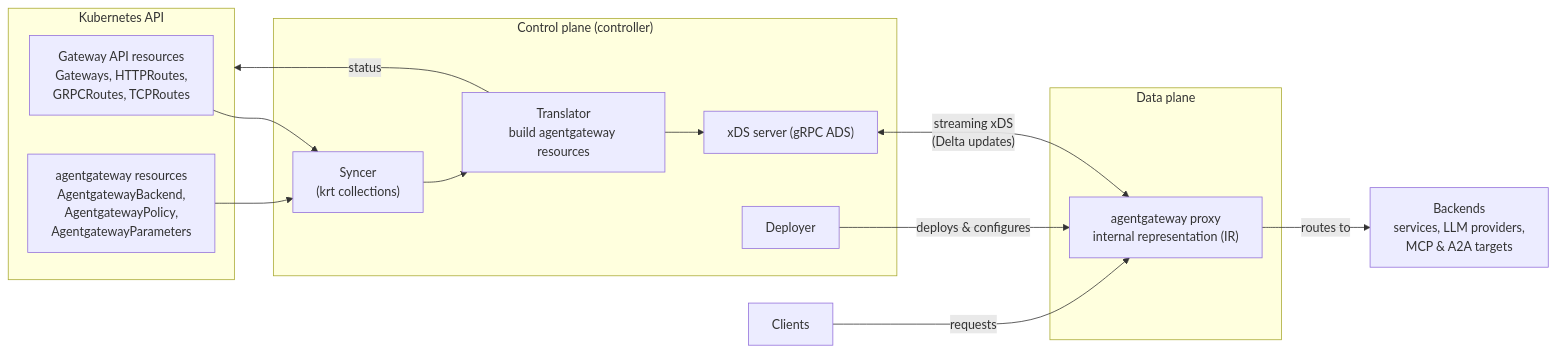
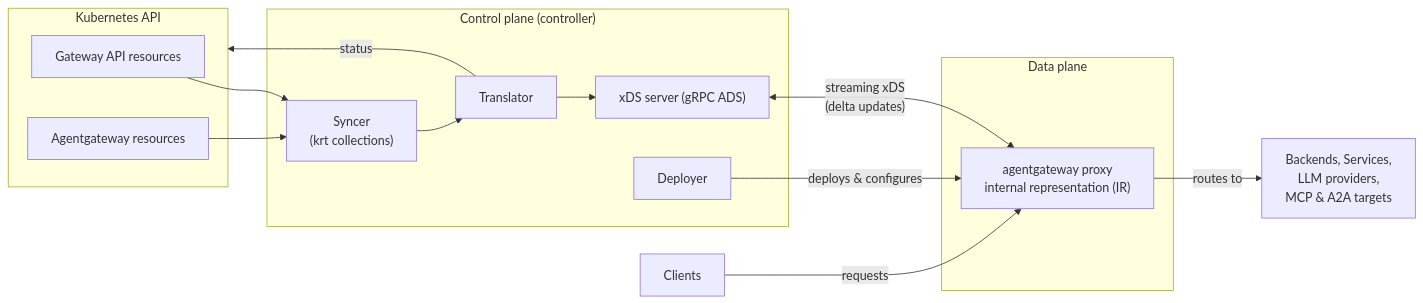
The diagram in assets/agw-docs/pages/about/architecture.md (agentgateway/website), drawn with Mermaid before and after one commit. The commit also changed other lines of this file, not shown here.

````diff
--- a/assets/agw-docs/pages/about/architecture.md
+++ b/assets/agw-docs/pages/about/architecture.md
@@ -12,27 +12,27 @@
 ```mermaid
 flowchart LR
     subgraph k8s["Kubernetes API"]
-        GW["Gateway API resources<br/>Gateways, HTTPRoutes,<br/>GRPCRoutes, TCPRoutes"]
-        AGW["agentgateway resources<br/>AgentgatewayBackend,<br/>AgentgatewayPolicy,<br/>AgentgatewayParameters"]
+        GW["Gateway API resources"]
+        AGW["Agentgateway resources"]
     end
 
     subgraph cp["Control plane (controller)"]
         SYNC["Syncer<br/>(krt collections)"]
-        TRANS["Translator<br/>build agentgateway resources"]
+        TRANS["Translator"]
         XDS["xDS server (gRPC ADS)"]
         DEP["Deployer"]
         SYNC --> TRANS --> XDS
     end
 
     subgraph dp["Data plane"]
         PROXY["agentgateway proxy<br/>internal representation (IR)"]
     end
 
     GW --> SYNC
     AGW --> SYNC
     DEP -->|"deploys & configures"| PROXY
-    XDS <-->|"streaming xDS<br/>(Delta updates)"| PROXY
+    XDS <-->|"streaming xDS<br/>(delta updates)"| PROXY
     TRANS -->|"status"| k8s
     CLIENT["Clients"] -->|"requests"| PROXY
-    PROXY -->|"routes to"| BACKENDS["Backends<br/>services, LLM providers,<br/>MCP & A2A targets"]
+    PROXY -->|"routes to"| BACKENDS["Backends, Services,<br/>LLM providers,<br/>MCP & A2A targets"]
 ```
````
